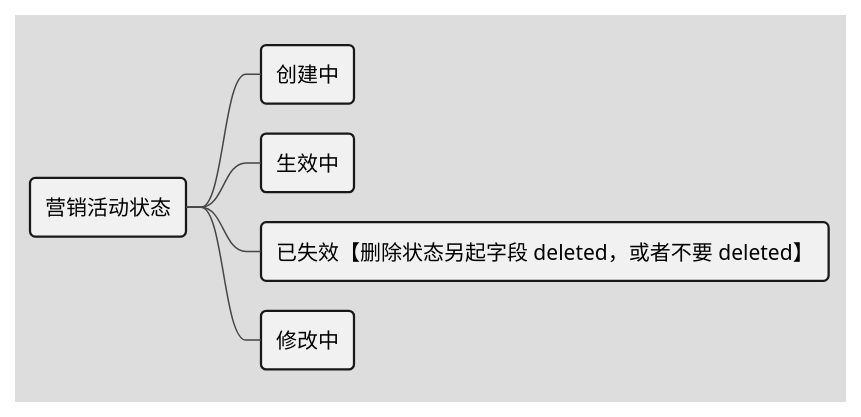
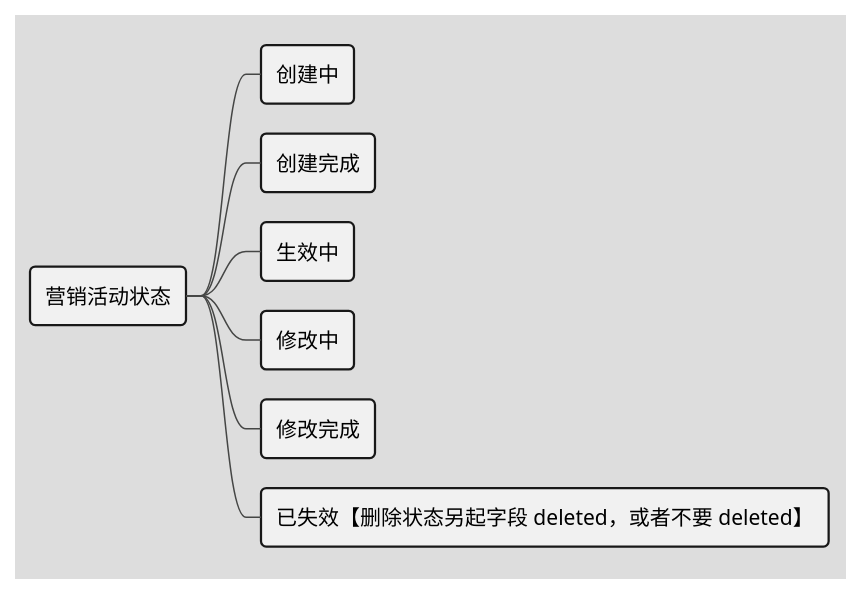
One commit to xauvlove/uml changed the diagram in src/main/resource/天猫校园/营销/基本框架/营销活动状态.puml. Above: the diagram before and after it, drawn with PlantUML. The commit also changed 2 other files, not shown here.

```diff
--- a/src/main/resource/天猫校园/营销/基本框架/营销活动状态.puml
+++ b/src/main/resource/天猫校园/营销/基本框架/营销活动状态.puml
@@ -1,15 +1,18 @@
 @startmindmap
 'https://plantuml.com/mindmap-diagram
 skinparam backgroundColor #EEEBDC
 
 '使用 toy 主题
 !theme toy
 
 * 营销活动状态
 
 ** 创建中
+** 创建完成
 ** 生效中
-** 已失效【删除状态另起字段 deleted，或者不要 deleted】
 ** 修改中
+** 修改完成
+
+++ 已失效【删除状态另起字段 deleted，或者不要 deleted】
 
 @endmindmap
```
